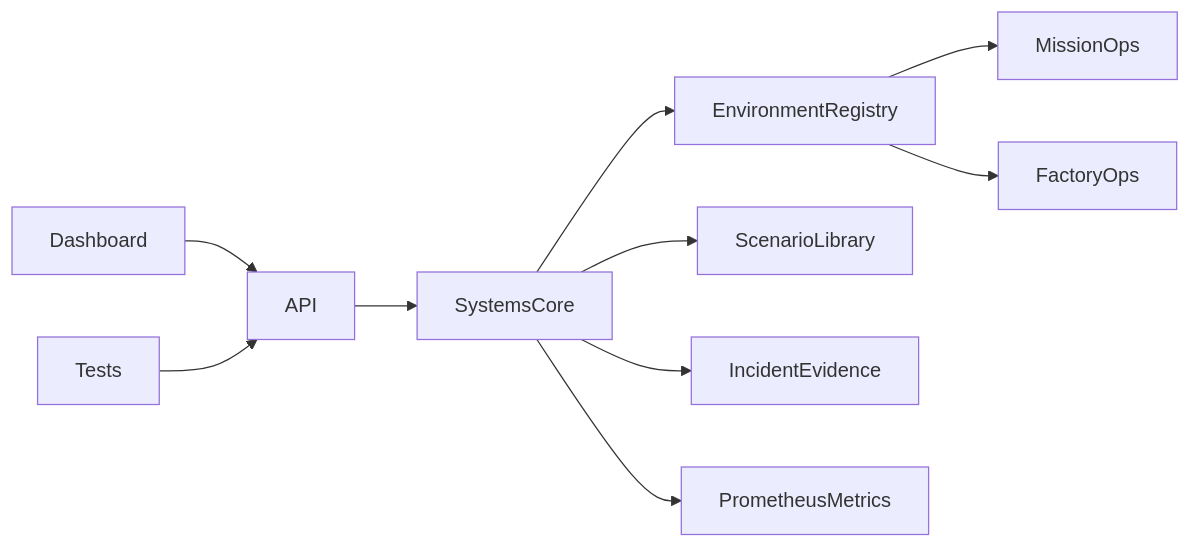
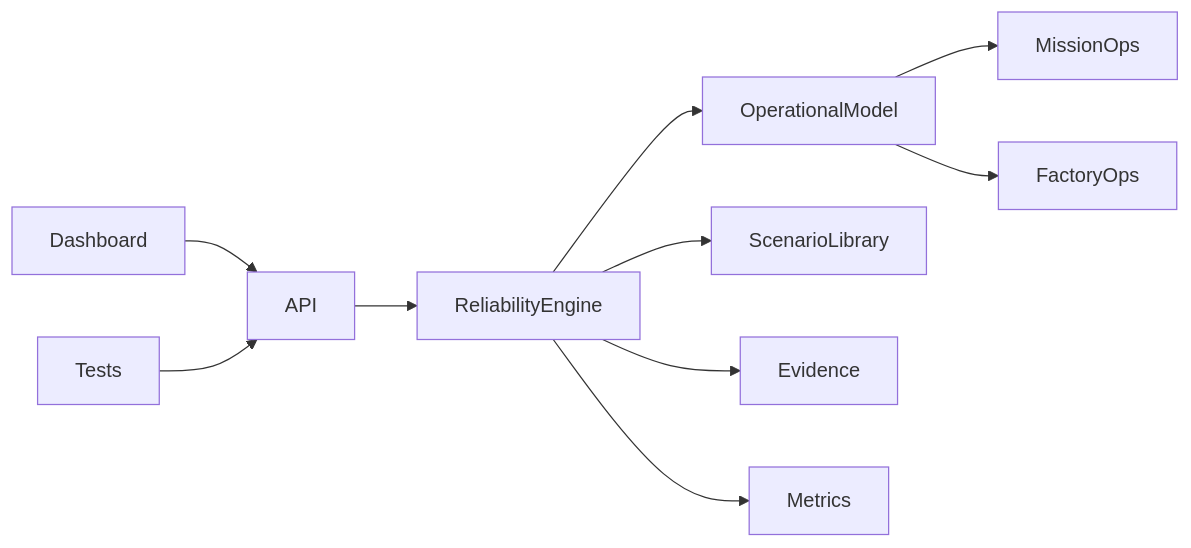
The diagram in README.md (Lordkoii/Orbital-Reliability-Lab), drawn with Mermaid before and after one commit. The commit also changed other lines of this file and 15 other files, not shown here.

````diff
--- a/README.md
+++ b/README.md
@@ -102,12 +113,12 @@
 ```mermaid
 flowchart LR
     Dashboard --> API
     Tests --> API
-    API --> SystemsCore
-    SystemsCore --> EnvironmentRegistry
-    SystemsCore --> ScenarioLibrary
-    EnvironmentRegistry --> MissionOps
-    EnvironmentRegistry --> FactoryOps
-    SystemsCore --> IncidentEvidence
-    SystemsCore --> PrometheusMetrics
+    API --> ReliabilityEngine
+    ReliabilityEngine --> OperationalModel
+    ReliabilityEngine --> ScenarioLibrary
+    OperationalModel --> MissionOps
+    OperationalModel --> FactoryOps
+    ReliabilityEngine --> Evidence
+    ReliabilityEngine --> Metrics
 ```
````
